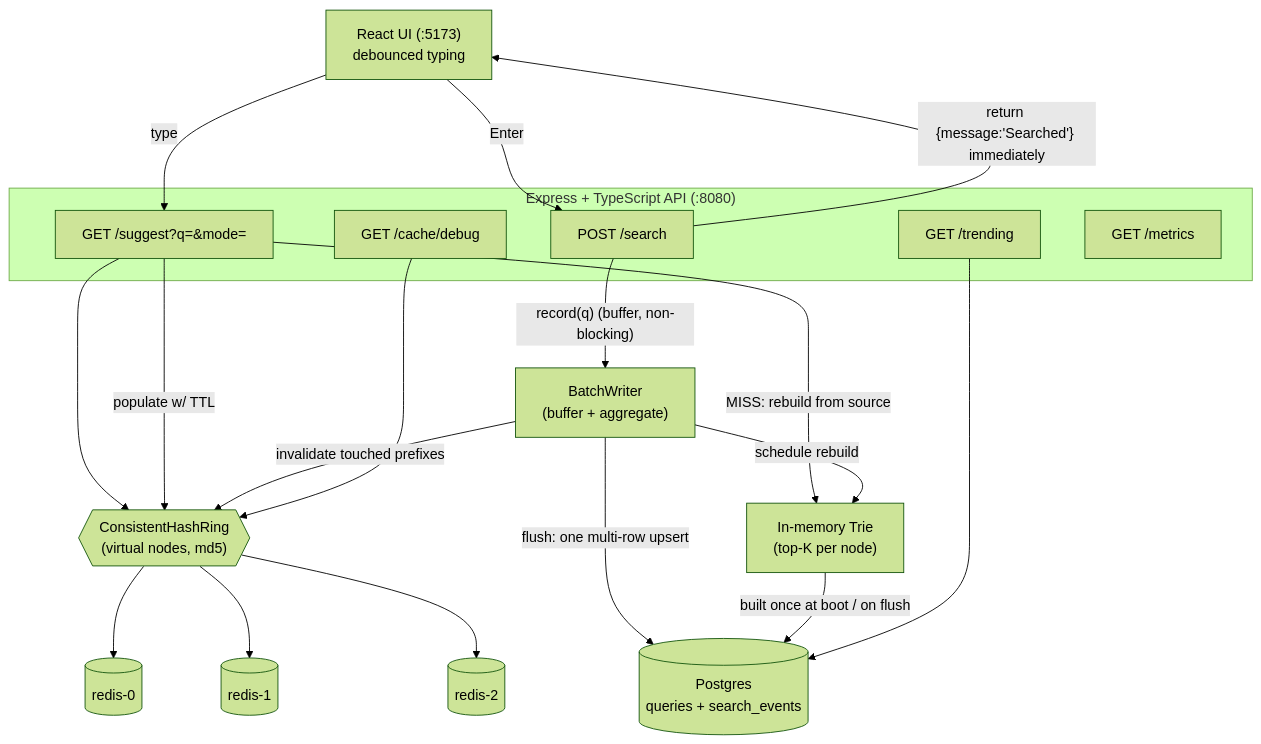
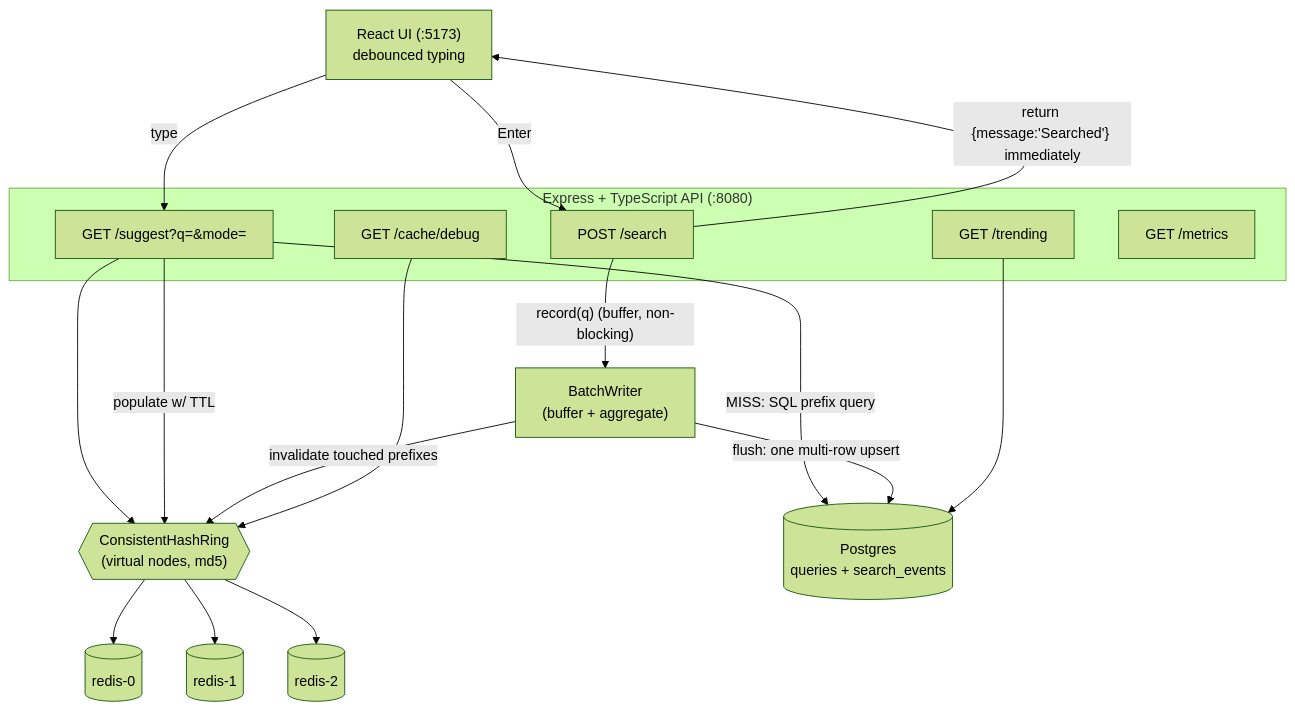
One commit to THE-ASHUTOSH/typeahead-system changed the diagram in docs/ARCHITECTURE.md. Above: the diagram before and after it, drawn with Mermaid (forest theme). The commit also changed other lines of this file and 15 other files, not shown here.

````diff
--- a/docs/ARCHITECTURE.md
+++ b/docs/ARCHITECTURE.md
@@ -9,38 +9,35 @@
 ```mermaid
 flowchart TD
     UI["React UI (:5173)<br/>debounced typing"]
 
     subgraph API["Express + TypeScript API (:8080)"]
         SUG["GET /suggest?q=&mode="]
         SEA["POST /search"]
         TRE["GET /trending"]
         DBG["GET /cache/debug"]
         MET["GET /metrics"]
     end
 
     RING{{"ConsistentHashRing<br/>(virtual nodes, md5)"}}
     R0[("redis-0")]
     R1[("redis-1")]
     R2[("redis-2")]
-    TRIE["In-memory Trie<br/>(top-K per node)"]
     BW["BatchWriter<br/>(buffer + aggregate)"]
     PG[("Postgres<br/>queries + search_events")]
 
     UI -- "type" --> SUG
     UI -- "Enter" --> SEA
 
     SUG --> RING
     RING --> R0 & R1 & R2
-    SUG -- "MISS: rebuild from source" --> TRIE
+    SUG -- "MISS: SQL prefix query" --> PG
     SUG -- "populate w/ TTL" --> RING
 
     SEA -- "return {message:'Searched'} immediately" --> UI
     SEA -- "record(q) (buffer, non-blocking)" --> BW
     BW -- "flush: one multi-row upsert" --> PG
     BW -- "invalidate touched prefixes" --> RING
-    BW -- "schedule rebuild" --> TRIE
 
-    TRIE -- "built once at boot / on flush" --> PG
     TRE --> PG
     DBG --> RING
 ```
````
